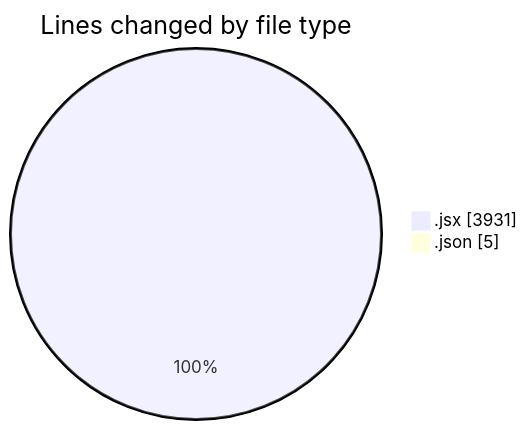
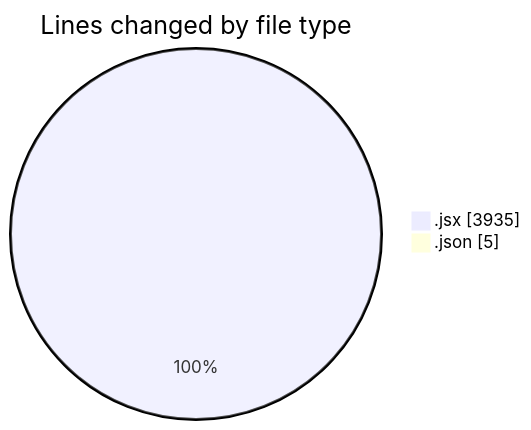
One commit to nxtqubesakshisongat/code-tracking changed the first of 2 diagrams in 2025-11-18/nxtqube_webapp/README.md. Above: the diagram before and after it, drawn with Mermaid. The commit also changed other lines of this file and 1 other file, not shown here.

````diff
--- a/2025-11-18/nxtqube_webapp/README.md
+++ b/2025-11-18/nxtqube_webapp/README.md
@@ -24,6 +24,6 @@
 ```mermaid
 pie showData
 title Lines changed by file type
-".jsx" : 3931
+".jsx" : 3935
 ".json" : 5
 ```
````
